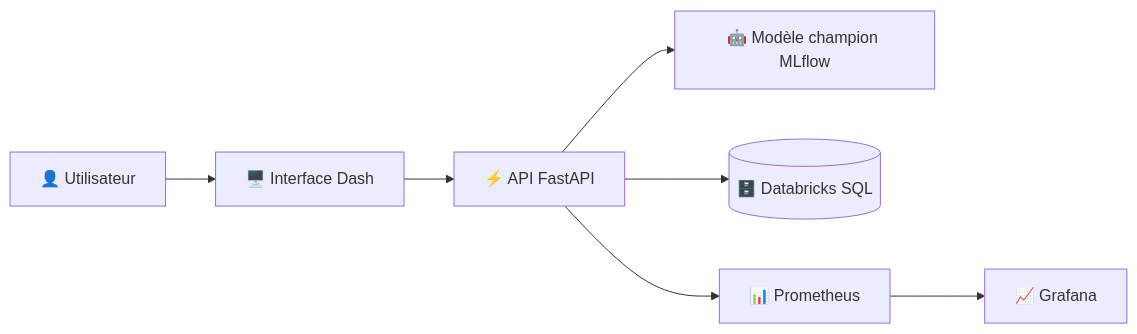
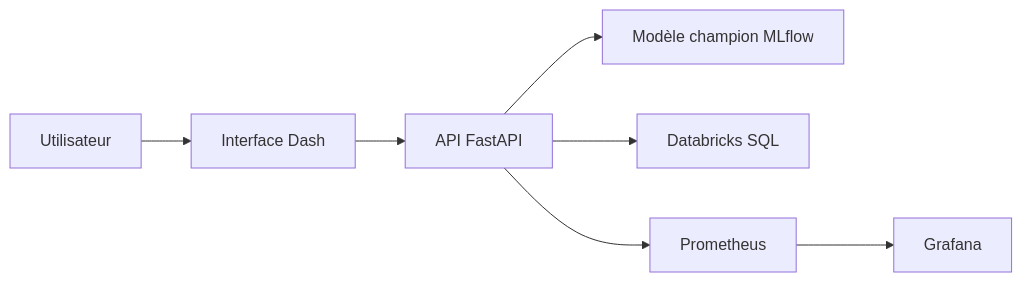
One commit to Mbaitedero/Fraude-Detection-MLOPS changed the diagram in README.md. Above: the diagram before and after it, drawn with Mermaid. The commit also changed other lines of this file and 2 other files, not shown here.

````diff
--- a/README.md
+++ b/README.md
@@ -50,9 +50,9 @@
 ```mermaid
 flowchart LR
-    U[👤 Utilisateur] --> UI[🖥️ Interface Dash]
-    UI --> API[⚡ API FastAPI]
-    API --> M[🤖 Modèle champion MLflow]
-    API --> DB[(🗄️ Databricks SQL)]
-    API --> P[📊 Prometheus]
-    P --> G[📈 Grafana]
+    U[Utilisateur] --> UI[Interface Dash]
+    UI --> API[API FastAPI]
+    API --> M[Modèle champion MLflow]
+    API --> DB[Databricks SQL]
+    API --> P[Prometheus]
+    P --> G[Grafana]
 ```
````
